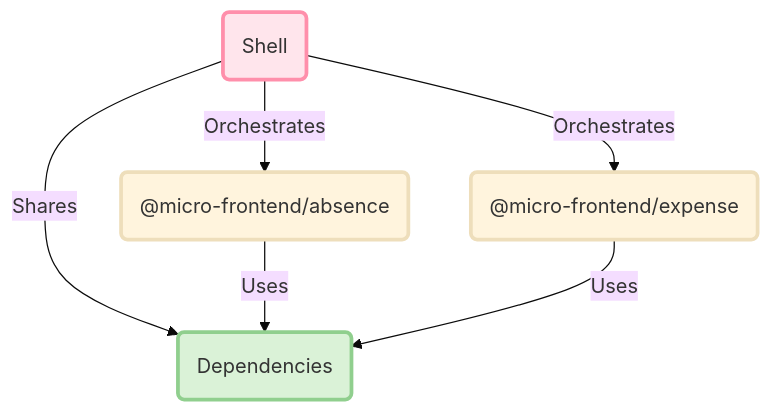
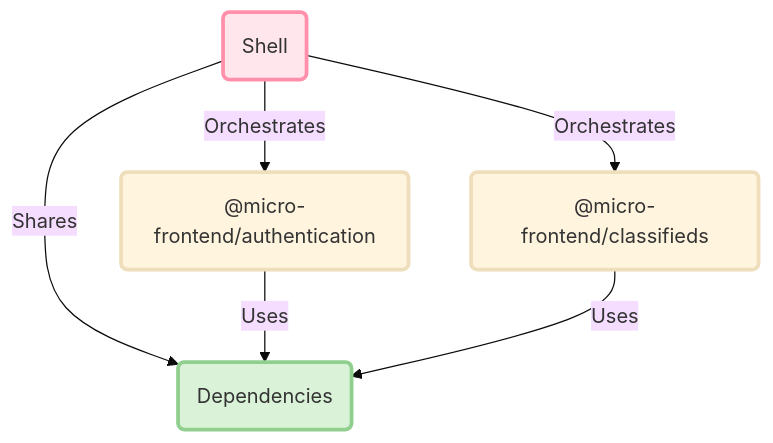
One commit to adbayb/poc-micro-frontend changed the diagram in README.md. Above: the diagram before and after it, drawn with Mermaid (base theme). The commit also changed 18 other files, not shown here.

Commit message:
feat: add classifieds micro frontend

````diff
--- a/README.md
+++ b/README.md
@@ -30,11 +30,11 @@
 ```mermaid
 flowchart TD
     S(Shell):::strokeWidth -- Shares --> D("Dependencies"):::strokeWidth
-    S -- Orchestrates --> ML("@micro-frontend/absence"):::strokeWidth
-    S -- Orchestrates --> MD("@micro-frontend/expense"):::strokeWidth
+    S -- Orchestrates --> ML("@micro-frontend/authentication"):::strokeWidth
+    S -- Orchestrates --> MD("@micro-frontend/classifieds"):::strokeWidth
     ML -- Uses --> D
     MD -- Uses --> D
     style S fill:#ffe5ec,stroke:#ff8fab
     style D fill:#daf2d7,stroke:#90cf8e
     classDef strokeWidth stroke-width:3px
 ```
````
